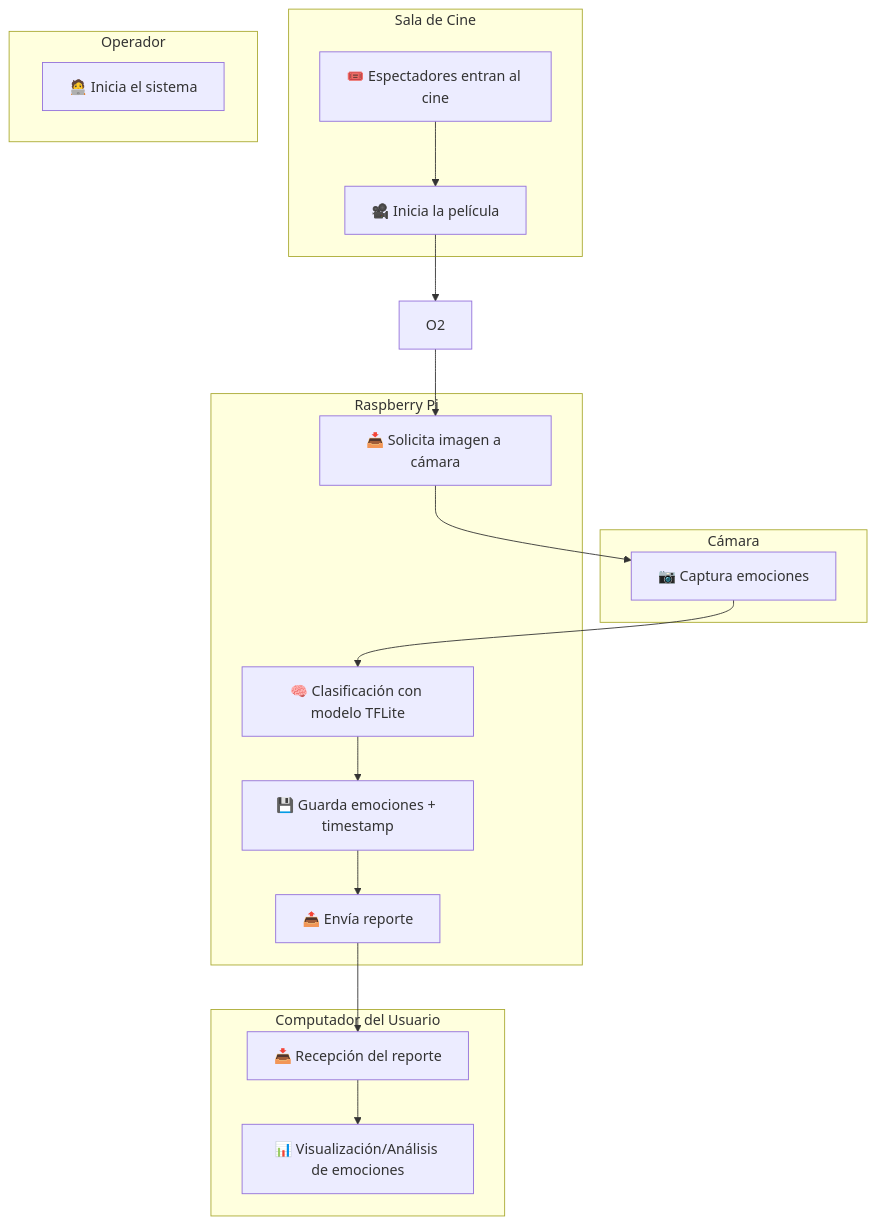
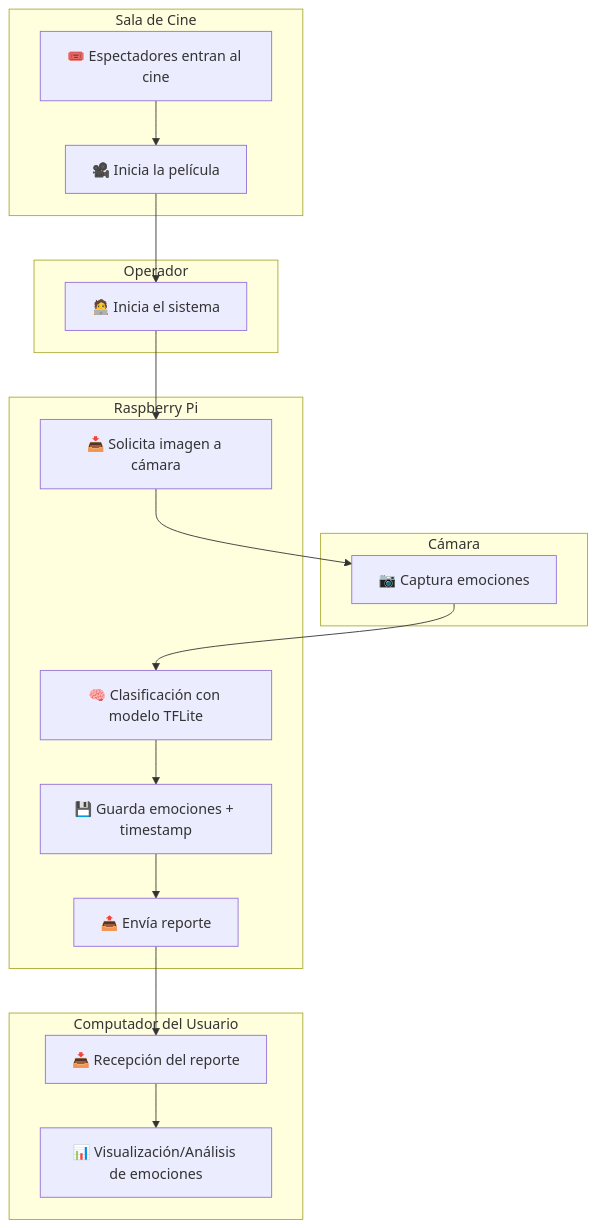
One commit to lestorres/Reconocimiento_clasificacion_de_expresiones changed the diagram in docs/vista-operacional.md. Above: the diagram before and after it, drawn with Mermaid.

````diff
--- a/docs/vista-operacional.md
+++ b/docs/vista-operacional.md
@@ -3,38 +3,38 @@
 ```mermaid
 flowchart TD
     subgraph Sala de Cine
         U1[🎟️ Espectadores entran al cine]
         U2[🎥 Inicia la película]
     end
 
     subgraph Operador
         O1[🧑‍💻 Inicia el sistema]
     end
 
     subgraph Cámara
         CAM1[📷 Captura emociones]
     end
 
     subgraph Raspberry Pi
         R2[📥 Solicita imagen a cámara]
         R3[🧠 Clasificación con modelo TFLite]
         R4[💾 Guarda emociones + timestamp]
         R5[📤 Envía reporte]
     end
 
     subgraph Computador del Usuario
         CU1[📥 Recepción del reporte]
         CU2[📊 Visualización/Análisis de emociones]
     end
 
     U1 --> U2
-    U2 --> O2
-    O2 --> R2
+    U2 --> O1
+    O1 --> R2
     R2 --> CAM1
     CAM1 --> R3
     R3 --> R4
     R4 --> R5
     R5 --> CU1
     CU1 --> CU2
 
 ```
````
